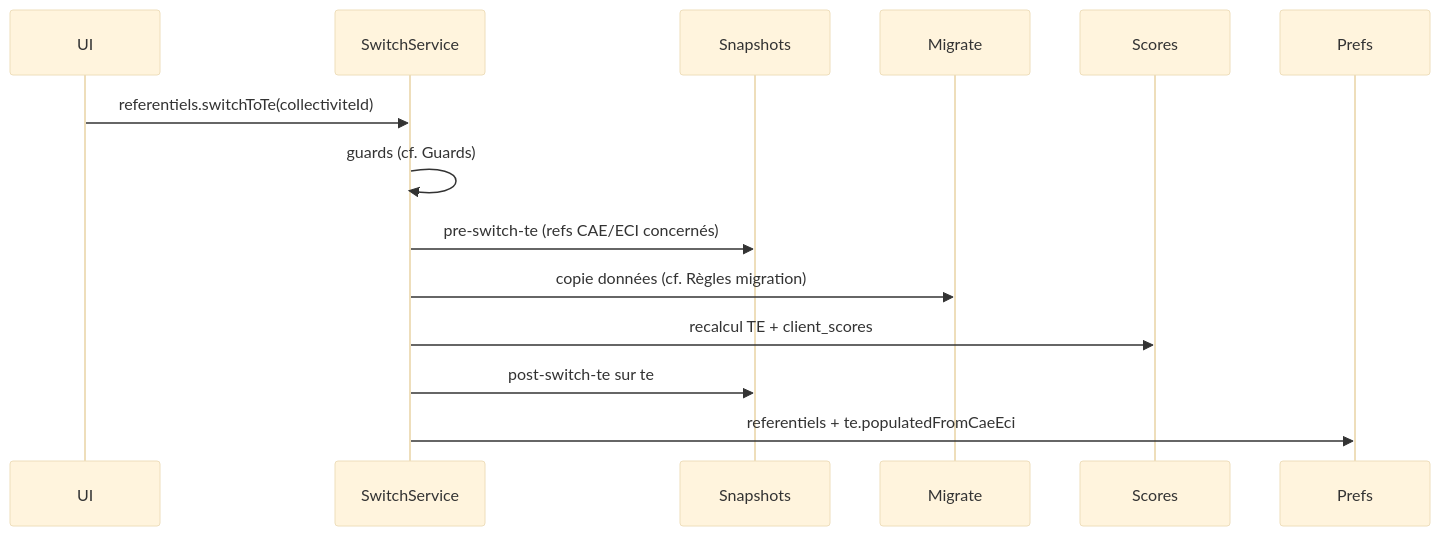
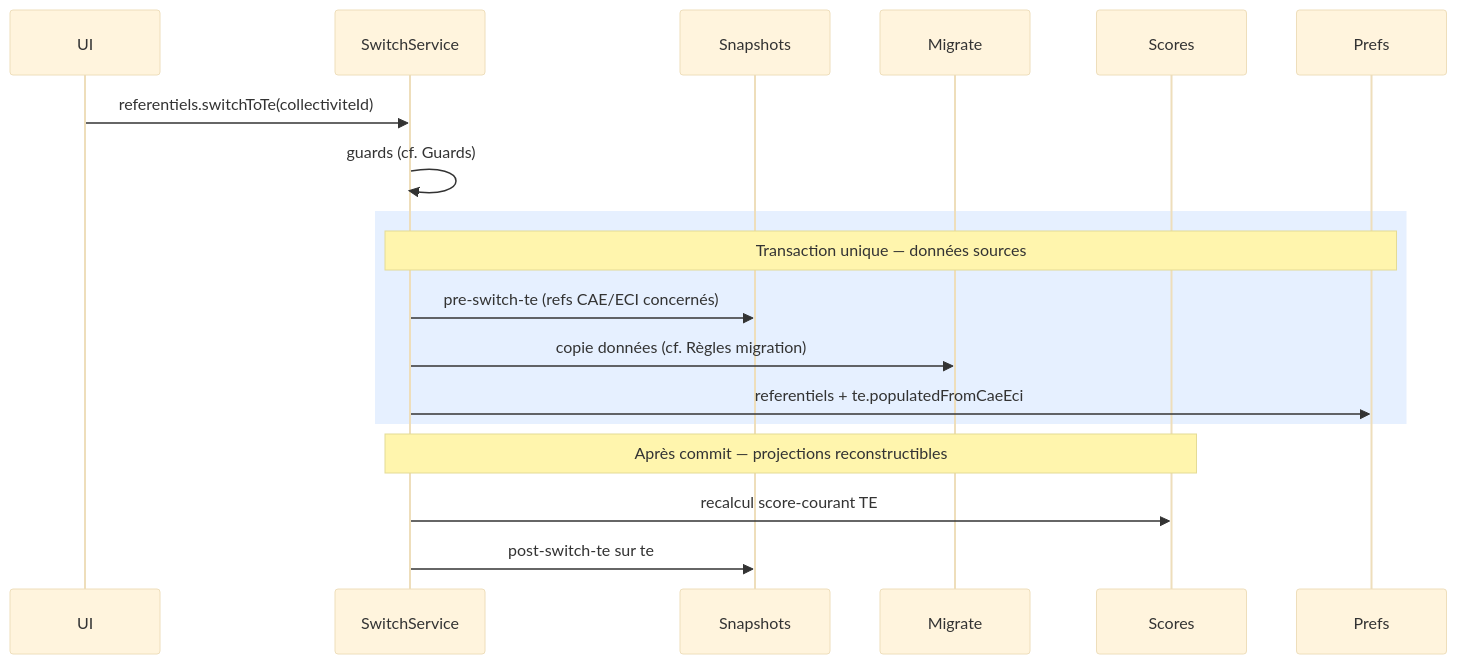
One commit to incubateur-ademe/territoires-en-transitions changed the diagram in doc/plans/2026-06-11-001-feat-bascule-referentiel-te-prd.md. Above: the diagram before and after it, drawn with Mermaid (base theme). The commit also changed other lines of this file and 11 other files, not shown here.

````diff
--- a/doc/plans/2026-06-11-001-feat-bascule-referentiel-te-prd.md
+++ b/doc/plans/2026-06-11-001-feat-bascule-referentiel-te-prd.md
@@ -158,17 +158,21 @@
 ```mermaid
 sequenceDiagram
   participant UI
   participant SwitchService
   participant Snapshots
   participant Migrate
   participant Scores
   participant Prefs
 
   UI->>SwitchService: referentiels.switchToTe(collectiviteId)
   SwitchService->>SwitchService: guards (cf. Guards)
+  rect rgb(230, 240, 255)
+  note over SwitchService,Prefs: Transaction unique — données sources
   SwitchService->>Snapshots: pre-switch-te (refs CAE/ECI concernés)
   SwitchService->>Migrate: copie données (cf. Règles migration)
-  SwitchService->>Scores: recalcul TE + client_scores
+  SwitchService->>Prefs: referentiels + te.populatedFromCaeEci
+  end
+  note over SwitchService,Scores: Après commit — projections reconstructibles
+  SwitchService->>Scores: recalcul score-courant TE
   SwitchService->>Snapshots: post-switch-te sur te
-  SwitchService->>Prefs: referentiels + te.populatedFromCaeEci
 ```
````
